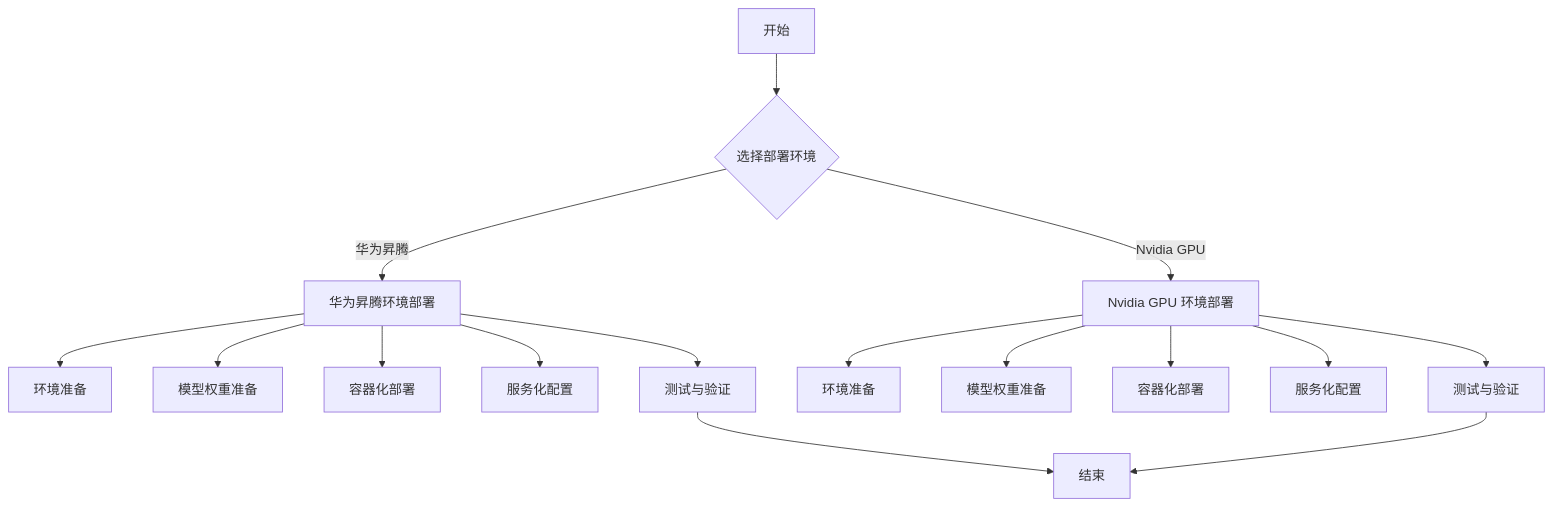
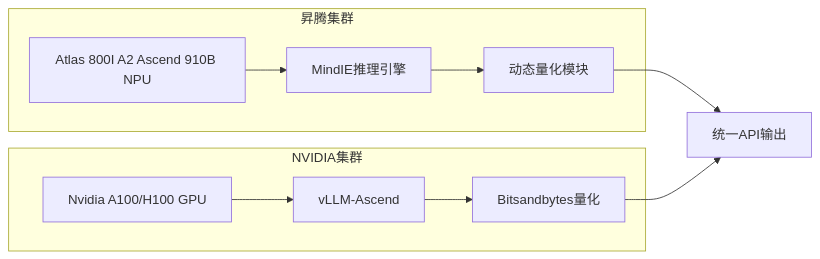
Before and after one commit to Alleyf/alleyf.github.io: the diagram in source/_posts/运维开发/DeepSeek国产和Nvidia GPU部署方案.md, drawn with Mermaid. The commit also changed other lines of this file and 4 other files, not shown here.

````diff
--- a/source/_posts/运维开发/DeepSeek国产和Nvidia GPU部署方案.md
+++ b/source/_posts/运维开发/DeepSeek国产和Nvidia GPU部署方案.md
@@ -124,18 +24,16 @@
 ```mermaid
-graph TD
-    A[开始] --> B{选择部署环境}
-    B -->|华为昇腾| C[华为昇腾环境部署]
-    B -->|Nvidia GPU| D[Nvidia GPU 环境部署]
-    C --> E[环境准备]
-    C --> F[模型权重准备]
-    C --> G[容器化部署]
-    C --> H[服务化配置]
-    C --> I[测试与验证]
-    D --> J[环境准备]
-    D --> K[模型权重准备]
-    D --> L[容器化部署]
-    D --> M[服务化配置]
-    D --> N[测试与验证]
-    I --> O[结束]
-    N --> O[结束]
+graph LR
+    subgraph 昇腾集群
+    A[Atlas 800I A2 Ascend 910B NPU]
+    A --> C[MindIE推理引擎]
+    C --> D[动态量化模块]
+    end
+    
+    subgraph NVIDIA集群
+    E[Nvidia A100/H100 GPU] --> F[vLLM-Ascend]
+    F --> G[Bitsandbytes量化]
+    end
+    
+    D --> H[统一API输出]
+    G --> H
 ```
````
